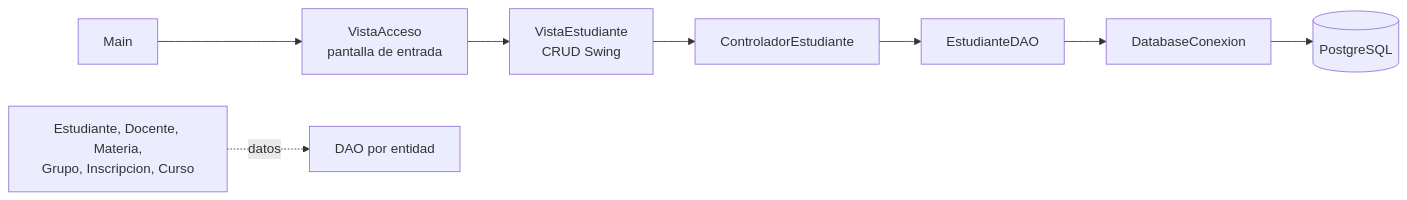
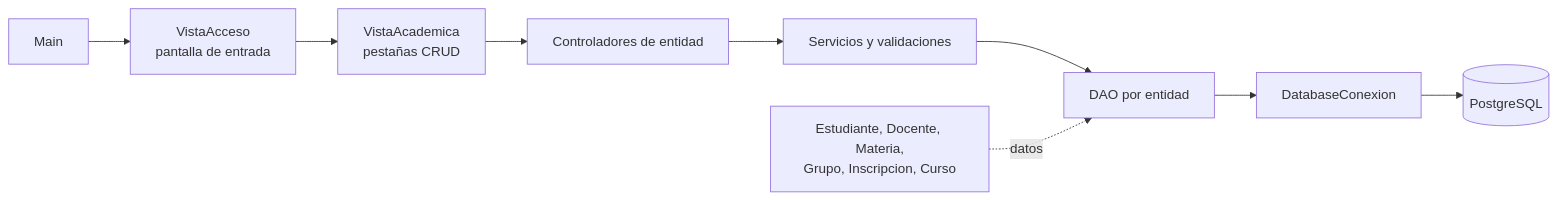
One commit to Gcarlos20/sistema-academico-mvc-202602 changed the second of 2 diagrams in README.md. Above: the diagram before and after it, drawn with Mermaid. The commit also changed other lines of this file and 33 other files, not shown here.

````diff
--- a/README.md
+++ b/README.md
@@ -54,10 +61,11 @@
 ```mermaid
 flowchart LR
     Main[Main] --> Acceso[VistaAcceso<br/>pantalla de entrada]
-    Acceso --> Vista[VistaEstudiante<br/>CRUD Swing]
-    Vista --> Controlador[ControladorEstudiante]
-    Controlador --> EstudianteDAO[EstudianteDAO]
-    EstudianteDAO --> Conexion[DatabaseConexion]
+    Acceso --> Vista[VistaAcademica<br/>pestañas CRUD]
+    Vista --> Controladores[Controladores de entidad]
+    Controladores --> Servicios[Servicios y validaciones]
+    Servicios --> DAOs[DAO por entidad]
+    DAOs --> Conexion[DatabaseConexion]
     Conexion --> PostgreSQL[(PostgreSQL)]
-    Modelos[Estudiante, Docente, Materia,<br/>Grupo, Inscripcion, Curso] -. datos .-> DAOs[DAO por entidad]
+    Modelos[Estudiante, Docente, Materia,<br/>Grupo, Inscripcion, Curso] -. datos .-> DAOs
 ```
````
